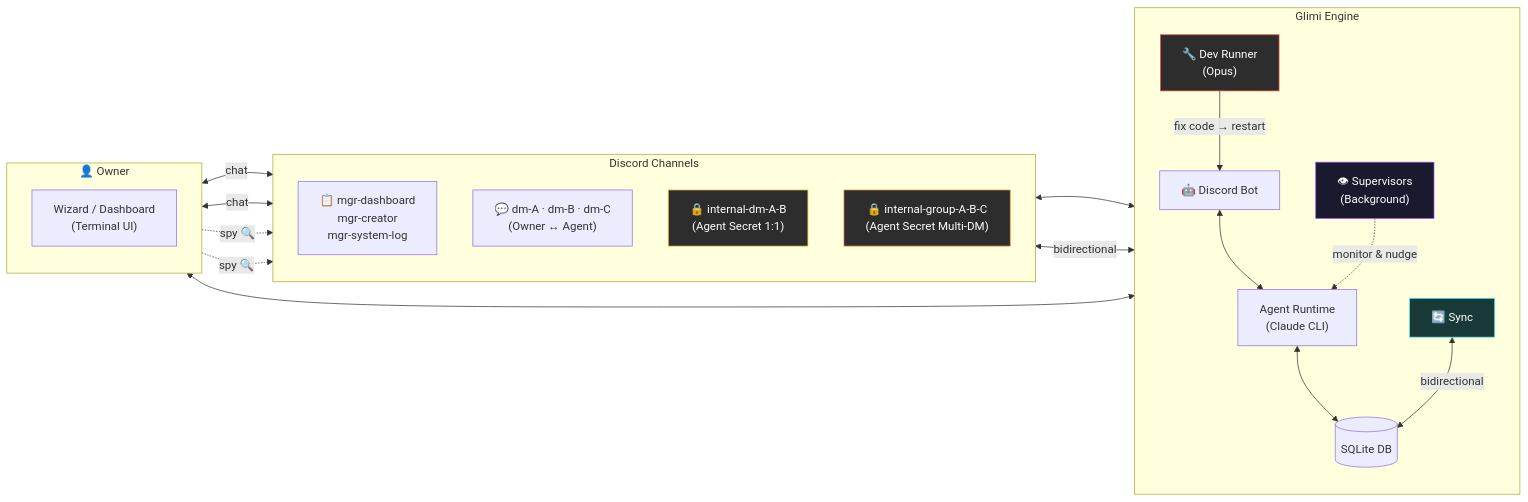
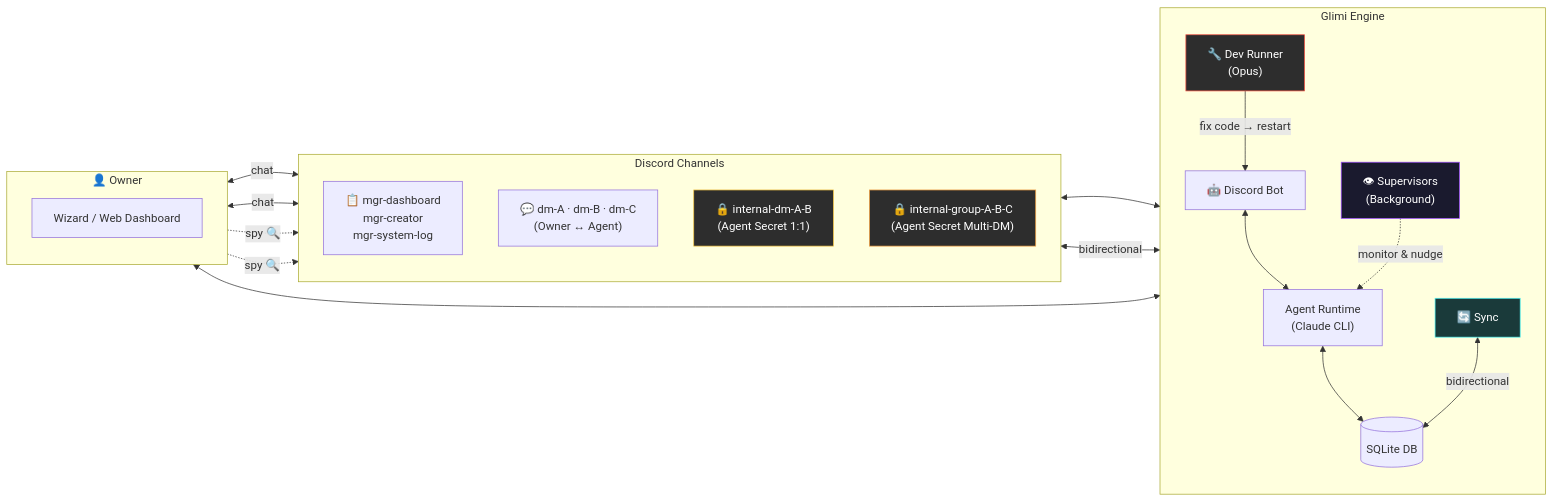
The first of 4 diagrams in README.md (je-empty/Glimi), drawn with Mermaid before and after one commit. The commit also changed other lines of this file and 4 other files, not shown here.

First line of the commit message:
docs: rewrite README around web dashboard + sync CLAUDE.md

````diff
--- a/README.md
+++ b/README.md
@@ -71,41 +85,41 @@
 ```mermaid
 flowchart LR
     subgraph Owner["👤 Owner"]
         direction TB
-        O_TUI["Wizard / Dashboard\n(Terminal UI)"]
+        O_TUI["Wizard / Web Dashboard"]
     end
 
     subgraph Engine["Glimi Engine"]
         direction TB
         Bot["🤖 Discord Bot"]
         Runtime["Agent Runtime\n(Claude CLI)"]
         DB[("SQLite DB")]
         Sync["🔄 Sync"]
         DevRunner["🔧 Dev Runner\n(Opus)"]
         Supervisor["👁 Supervisors\n(Background)"]
     end
 
     subgraph Discord["Discord Channels"]
         direction TB
         Mgr["📋 mgr-dashboard\nmgr-creator\nmgr-system-log"]
         DM["💬 dm-A · dm-B · dm-C\n(Owner ↔ Agent)"]
         SecDM["🔒 internal-dm-A-B\n(Agent Secret 1:1)"]
         SecGrp["🔒 internal-group-A-B-C\n(Agent Secret Multi-DM)"]
     end
 
     Owner <-->|"chat"| Mgr & DM
     Owner -.->|"spy 🔍"| SecDM & SecGrp
     O_TUI <--> Bot
     Discord <--> Bot
     Bot <--> Runtime
     Runtime <--> DB
     Sync <-->|"bidirectional"| DB & Discord
     DevRunner -->|"fix code → restart"| Bot
     Supervisor -.->|"monitor & nudge"| Runtime
 
     style SecDM fill:#2d2d2d,stroke:#f5c542,color:#fff
     style SecGrp fill:#2d2d2d,stroke:#f5a142,color:#fff
     style DevRunner fill:#2d2d2d,stroke:#f55142,color:#fff
     style Sync fill:#1a3a3a,stroke:#4af5f5,color:#fff
     style Supervisor fill:#1a1a2e,stroke:#9a4aff,color:#fff
 ```
````
